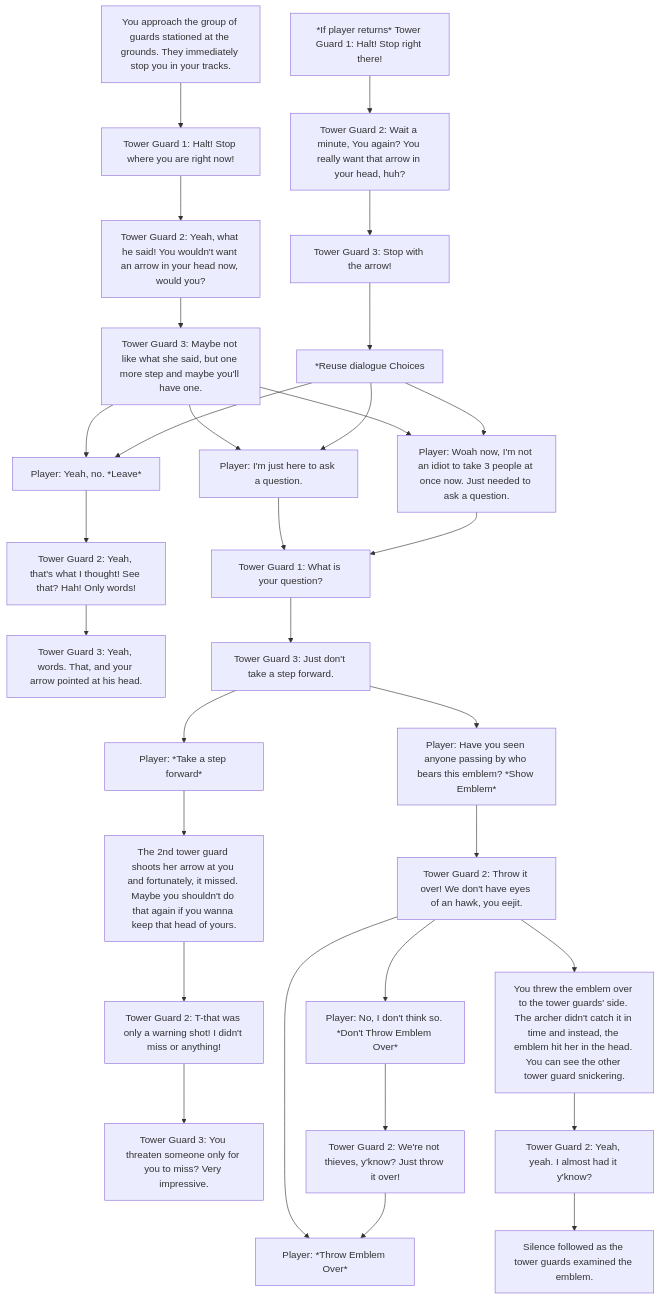
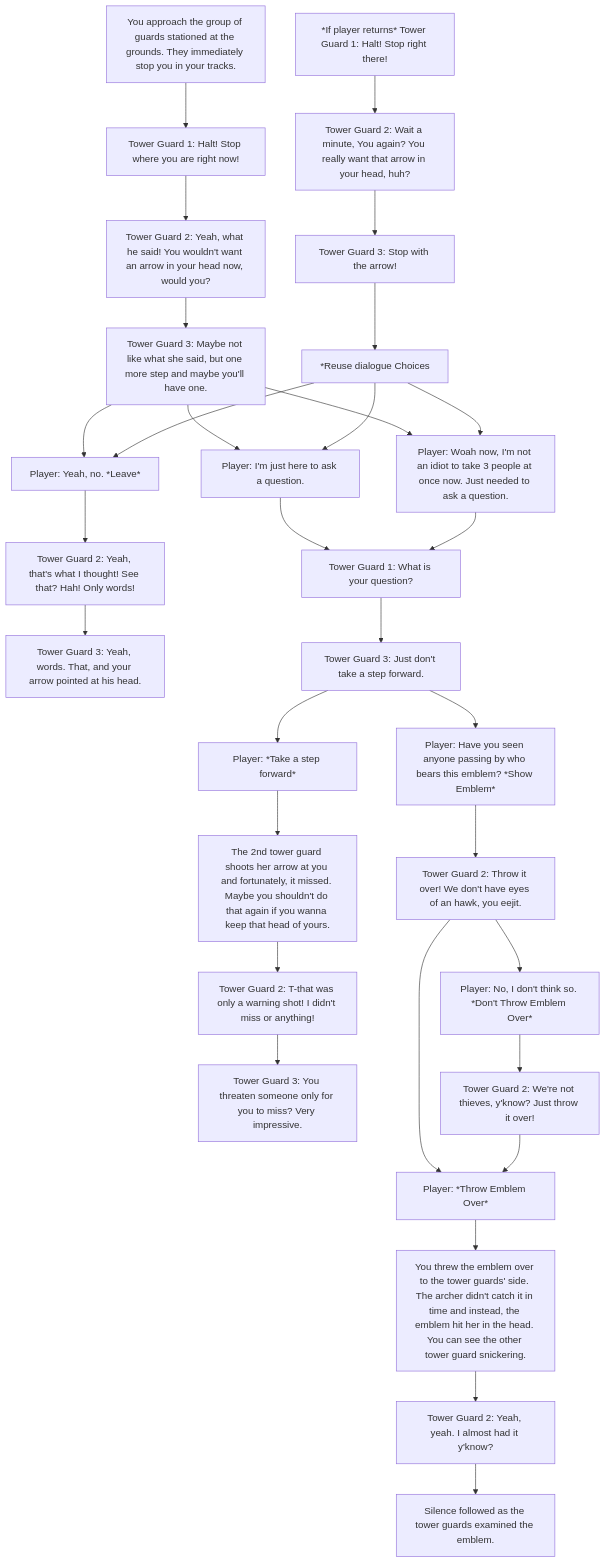
One commit to padillaryl/cc3-rpg-DialogueTree changed the diagram in Q3-TowerGuards.md. Above: the diagram before and after it, drawn with Mermaid.

````diff
--- a/Q3-TowerGuards.md
+++ b/Q3-TowerGuards.md
@@ -1,46 +1,46 @@
 ```mermaid
 flowchart TD
 
   A[You approach the group of guards stationed at the grounds. They immediately stop you in your tracks.]
   A --> B[Tower Guard 1: Halt! Stop where you are right now!]
   B --> C[Tower Guard 2: Yeah, what he said! You wouldn't want an arrow in your head now, would you?]
   C --> D[Tower Guard 3: Maybe not like what she said, but one more step and maybe you'll have one.]
 
   D --> E[Player: I'm just here to ask a question.]
   D --> F[Player: Woah now, I'm not an idiot to take 3 people at once now. Just needed to ask a question.]
   D --> G[Player: Yeah, no. *Leave*]
 
   G --> H[Tower Guard 2: Yeah, that's what I thought! See that? Hah! Only words!]
   H --> I[Tower Guard 3: Yeah, words. That, and your arrow pointed at his head.]
 
   J[*If player returns* Tower Guard 1: Halt! Stop right there!]
   J --> K[Tower Guard 2: Wait a minute, You again? You really want that arrow in your head, huh?]
   K --> L[Tower Guard 3: Stop with the arrow!]
 
   L --> M[*Reuse dialogue Choices]
   M --> E & F & G
 
   E & F --> N[Tower Guard 1: What is your question?]
   N --> O[Tower Guard 3: Just don't take a step forward.]
 
   O --> P[Player: Have you seen anyone passing by who bears this emblem? *Show Emblem*]
   O --> Q[Player: *Take a step forward*]
 
   Q --> R[The 2nd tower guard shoots her arrow at you and fortunately, it missed. Maybe you shouldn't do that again if you wanna keep that head of yours.]
   R --> S[Tower Guard 2: T-that was only a warning shot! I didn't miss or anything!]
   S --> T[Tower Guard 3: You threaten someone only for you to miss? Very impressive.]
 
   P --> U[Tower Guard 2: Throw it over! We don't have eyes of an hawk, you eejit.]
   U --> V[Player: *Throw Emblem Over*]
   U --> W[Player: No, I don't think so. *Don't Throw Emblem Over*]
 
   W --> X[Tower Guard 2: We're not thieves, y'know? Just throw it over!]
   X --> V
 
-  U --> Y[You threw the emblem over to the tower guards' side. The archer didn't catch it in time and instead, the emblem hit her in the head. You can see the other tower guard snickering.]
+  V --> Y[You threw the emblem over to the tower guards' side. The archer didn't catch it in time and instead, the emblem hit her in the head. You can see the other tower guard snickering.]
   Y --> Z[Tower Guard 2: Yeah, yeah. I almost had it y'know?]
 
   Z --> A1[Silence followed as the tower guards examined the emblem.]
 
   
 ```
````
